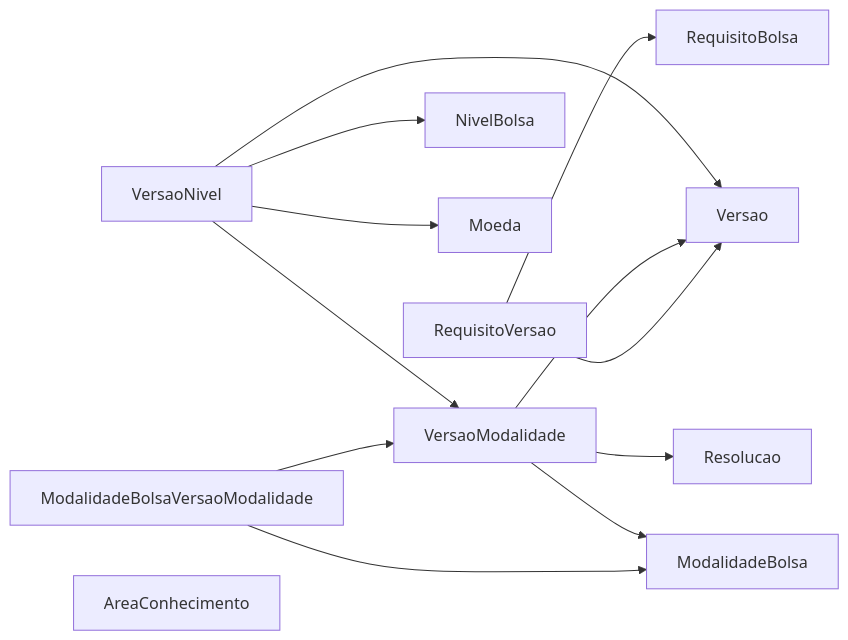
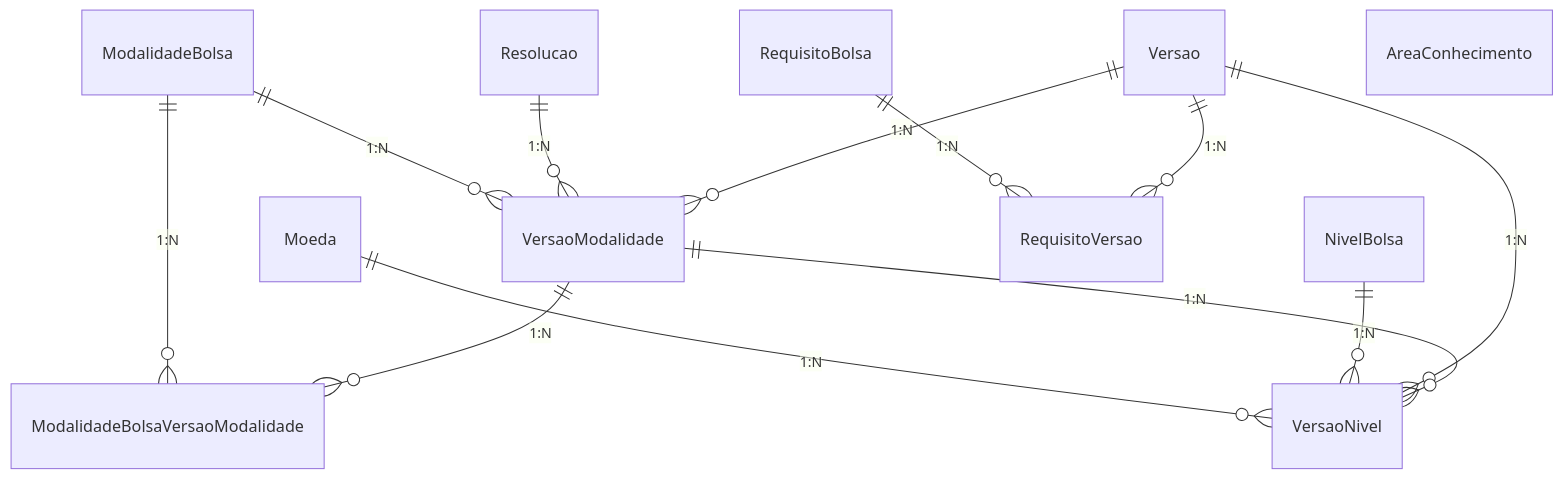
Before and after one commit to Czzped/conecta-fapes-teste: the second of 13 diagrams in docs-new/banco-de-dados/_diagramas.md, drawn with Mermaid. The commit also changed other lines of this file, not shown here.

Commit message:
docs: adiciona cardinalidades (notacao ER pe-de-galinha) aos diagramas do dominio

````diff
--- a/docs-new/banco-de-dados/_diagramas.md
+++ b/docs-new/banco-de-dados/_diagramas.md
@@ -50,26 +53,36 @@
 ```mermaid
-flowchart LR
-  ModalidadeBolsa
-  Versao
-  VersaoModalidade
-  VersaoNivel
-  NivelBolsa
-  Moeda
-  RequisitoBolsa
-  RequisitoVersao
-  Resolucao
-  ModalidadeBolsaVersaoModalidade
-  AreaConhecimento
-  ModalidadeBolsaVersaoModalidade --> ModalidadeBolsa
-  ModalidadeBolsaVersaoModalidade --> VersaoModalidade
-  RequisitoVersao --> RequisitoBolsa
-  RequisitoVersao --> Versao
-  VersaoModalidade --> ModalidadeBolsa
-  VersaoModalidade --> Resolucao
-  VersaoModalidade --> Versao
-  VersaoNivel --> Moeda
-  VersaoNivel --> NivelBolsa
-  VersaoNivel --> Versao
-  VersaoNivel --> VersaoModalidade
-  classDef ext fill:#eee,stroke:#999,color:#333,stroke-dasharray:3 3;
+erDiagram
+  ModalidadeBolsa {
+  }
+  Versao {
+  }
+  VersaoModalidade {
+  }
+  VersaoNivel {
+  }
+  NivelBolsa {
+  }
+  Moeda {
+  }
+  RequisitoBolsa {
+  }
+  RequisitoVersao {
+  }
+  Resolucao {
+  }
+  ModalidadeBolsaVersaoModalidade {
+  }
+  AreaConhecimento {
+  }
+  ModalidadeBolsa ||--o{ ModalidadeBolsaVersaoModalidade : "1:N"
+  ModalidadeBolsa ||--o{ VersaoModalidade : "1:N"
+  Moeda ||--o{ VersaoNivel : "1:N"
+  NivelBolsa ||--o{ VersaoNivel : "1:N"
+  RequisitoBolsa ||--o{ RequisitoVersao : "1:N"
+  Resolucao ||--o{ VersaoModalidade : "1:N"
+  Versao ||--o{ RequisitoVersao : "1:N"
+  Versao ||--o{ VersaoModalidade : "1:N"
+  Versao ||--o{ VersaoNivel : "1:N"
+  VersaoModalidade ||--o{ ModalidadeBolsaVersaoModalidade : "1:N"
+  VersaoModalidade ||--o{ VersaoNivel : "1:N"
 ```
````
